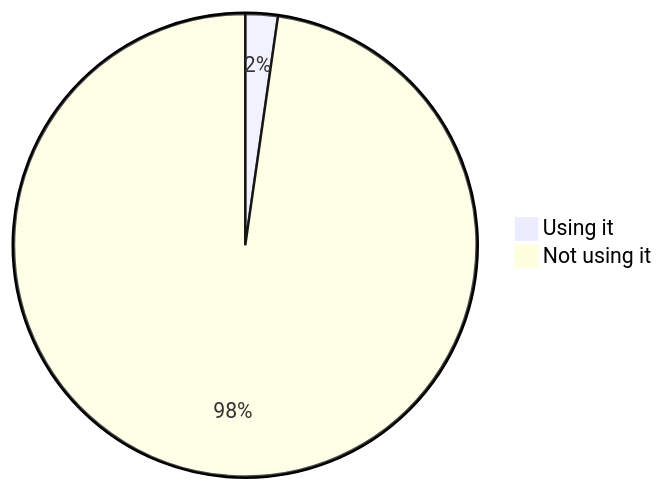
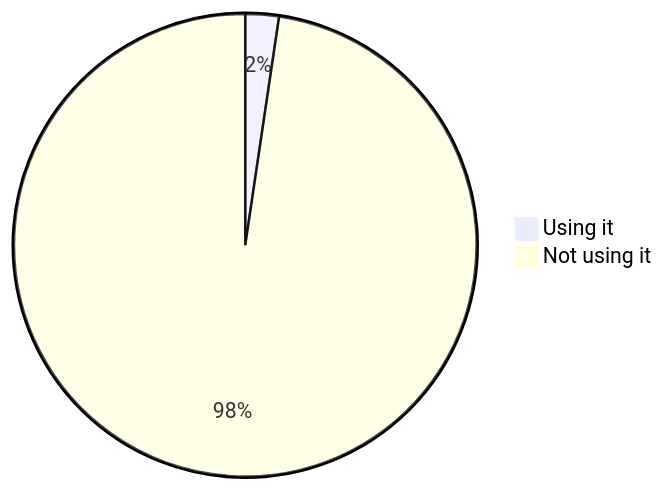
Diagram 17 of 22 in stats.md (oshp/oshp-stats), drawn with Mermaid before and after one commit. The commit also changed other lines of this file, not shown here.

````diff
--- a/stats.md
+++ b/stats.md
@@ -202,6 +202,6 @@
 ```mermaid
 pie
-	"Using it" : 2.26
-	"Not using it" : 97.74
+	"Using it" : 2.34
+	"Not using it" : 97.66
 
 ```
````
